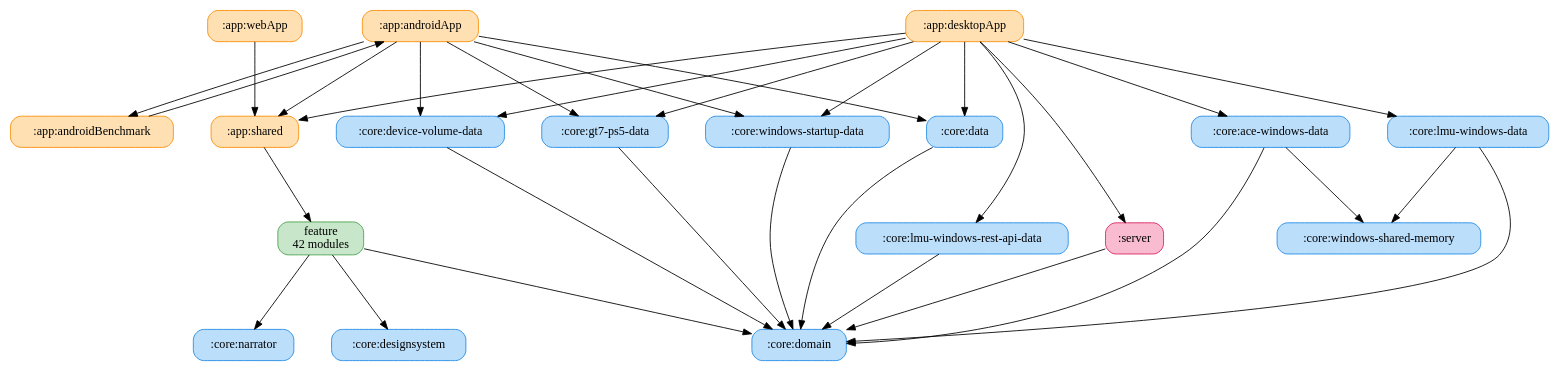
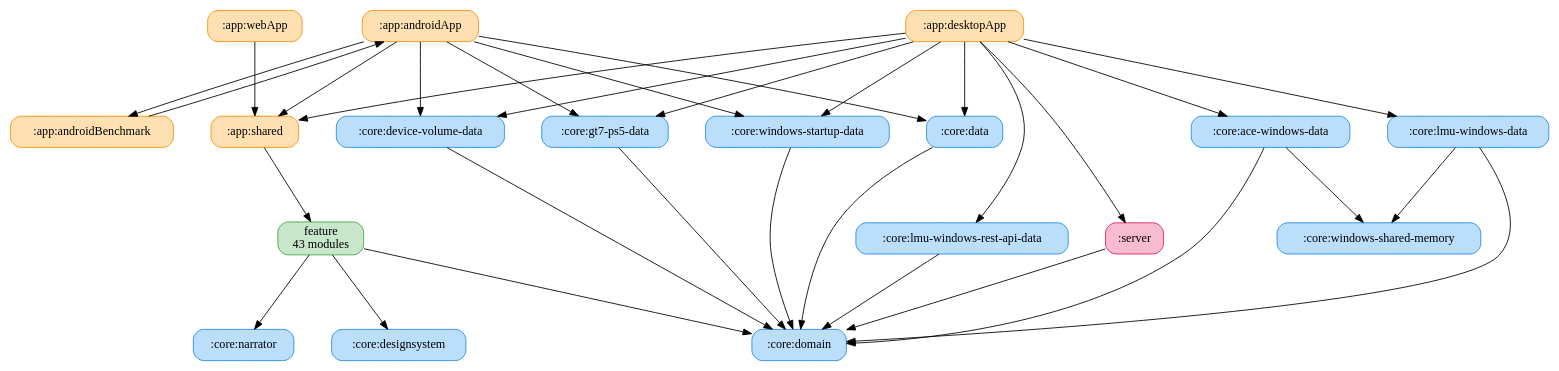
The diagram in docs/graphs/full-graph.gv (ai-kurou/KoDriver), drawn with Graphviz before and after one commit. The commit also changed 108 other files, not shown here.

```diff
--- a/docs/graphs/full-graph.gv
+++ b/docs/graphs/full-graph.gv
@@ -1,54 +1,54 @@
 digraph G {
   rankdir=TB
   graph [ranksep=1.2, nodesep=0.6]
   node [shape=box, style="rounded,filled"]
   ":app:androidApp" [label=":app:androidApp", fillcolor="#FFE0B2", color="#FB8C00"]
   ":app:androidBenchmark" [label=":app:androidBenchmark", fillcolor="#FFE0B2", color="#FB8C00"]
   ":app:desktopApp" [label=":app:desktopApp", fillcolor="#FFE0B2", color="#FB8C00"]
   ":app:shared" [label=":app:shared", fillcolor="#FFE0B2", color="#FB8C00"]
   ":app:webApp" [label=":app:webApp", fillcolor="#FFE0B2", color="#FB8C00"]
   ":core:ace-windows-data" [label=":core:ace-windows-data", fillcolor="#BBDEFB", color="#1E88E5"]
   ":core:data" [label=":core:data", fillcolor="#BBDEFB", color="#1E88E5"]
   ":core:designsystem" [label=":core:designsystem", fillcolor="#BBDEFB", color="#1E88E5"]
   ":core:device-volume-data" [label=":core:device-volume-data", fillcolor="#BBDEFB", color="#1E88E5"]
   ":core:domain" [label=":core:domain", fillcolor="#BBDEFB", color="#1E88E5"]
   ":core:gt7-ps5-data" [label=":core:gt7-ps5-data", fillcolor="#BBDEFB", color="#1E88E5"]
   ":core:lmu-windows-data" [label=":core:lmu-windows-data", fillcolor="#BBDEFB", color="#1E88E5"]
   ":core:lmu-windows-rest-api-data" [label=":core:lmu-windows-rest-api-data", fillcolor="#BBDEFB", color="#1E88E5"]
   ":core:narrator" [label=":core:narrator", fillcolor="#BBDEFB", color="#1E88E5"]
   ":core:windows-shared-memory" [label=":core:windows-shared-memory", fillcolor="#BBDEFB", color="#1E88E5"]
   ":core:windows-startup-data" [label=":core:windows-startup-data", fillcolor="#BBDEFB", color="#1E88E5"]
   ":server" [label=":server", fillcolor="#F8BBD0", color="#D81B60"]
-  "feature" [label="feature\n42 modules", fillcolor="#C8E6C9", color="#43A047"]
+  "feature" [label="feature\n43 modules", fillcolor="#C8E6C9", color="#43A047"]
   ":app:androidApp" -> ":app:androidBenchmark"
   ":app:androidApp" -> ":app:shared"
   ":app:androidApp" -> ":core:data"
   ":app:androidApp" -> ":core:device-volume-data"
   ":app:androidApp" -> ":core:gt7-ps5-data"
   ":app:androidApp" -> ":core:windows-startup-data"
   ":app:androidBenchmark" -> ":app:androidApp"
   ":app:desktopApp" -> ":app:shared"
   ":app:desktopApp" -> ":core:ace-windows-data"
   ":app:desktopApp" -> ":core:data"
   ":app:desktopApp" -> ":core:device-volume-data"
   ":app:desktopApp" -> ":core:gt7-ps5-data"
   ":app:desktopApp" -> ":core:lmu-windows-data"
   ":app:desktopApp" -> ":core:lmu-windows-rest-api-data"
   ":app:desktopApp" -> ":core:windows-startup-data"
   ":app:desktopApp" -> ":server"
   ":app:shared" -> "feature"
   ":app:webApp" -> ":app:shared"
   ":core:ace-windows-data" -> ":core:domain"
   ":core:ace-windows-data" -> ":core:windows-shared-memory"
   ":core:data" -> ":core:domain"
   ":core:device-volume-data" -> ":core:domain"
   ":core:gt7-ps5-data" -> ":core:domain"
   ":core:lmu-windows-data" -> ":core:domain"
   ":core:lmu-windows-data" -> ":core:windows-shared-memory"
   ":core:lmu-windows-rest-api-data" -> ":core:domain"
   ":core:windows-startup-data" -> ":core:domain"
   ":server" -> ":core:domain"
   "feature" -> ":core:designsystem"
   "feature" -> ":core:domain"
   "feature" -> ":core:narrator"
 }
```
